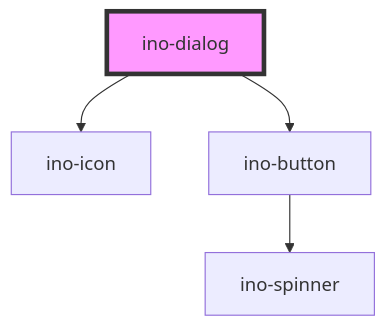
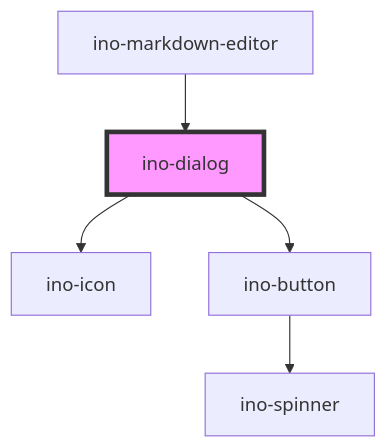
Before and after one commit to inovex/elements: the diagram in packages/elements/src/components/ino-dialog/readme.md, drawn with Mermaid. The commit also changed other lines of this file and 5 other files, not shown here.

````diff
--- a/packages/elements/src/components/ino-dialog/readme.md
+++ b/packages/elements/src/components/ino-dialog/readme.md
@@ -132,7 +136,8 @@
 ```mermaid
 graph TD;
   ino-dialog --> ino-icon
   ino-dialog --> ino-button
   ino-button --> ino-spinner
+  ino-markdown-editor --> ino-dialog
   style ino-dialog fill:#f9f,stroke:#333,stroke-width:4px
 ```
````
